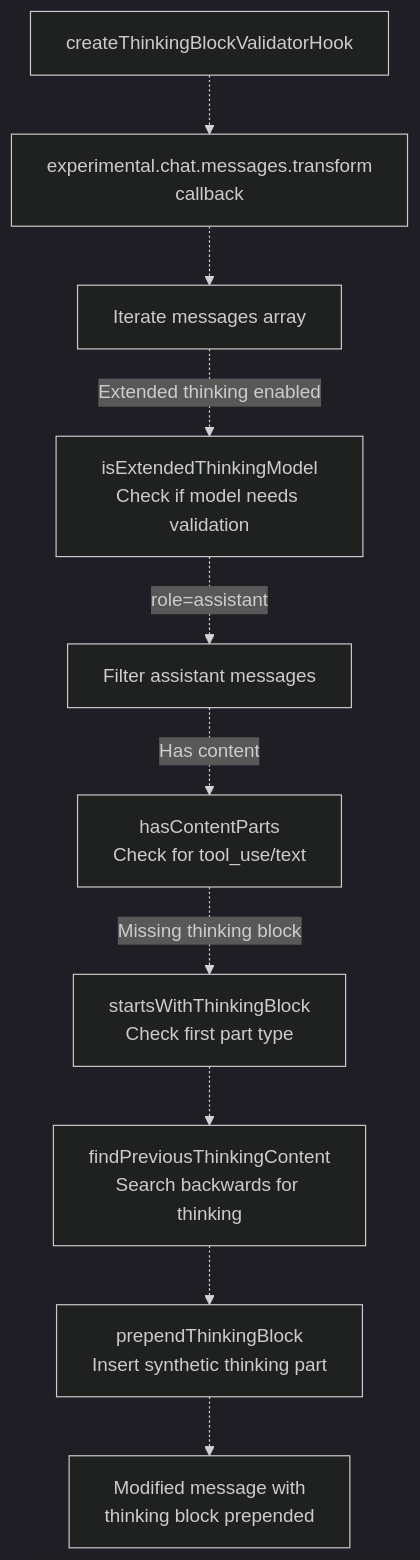
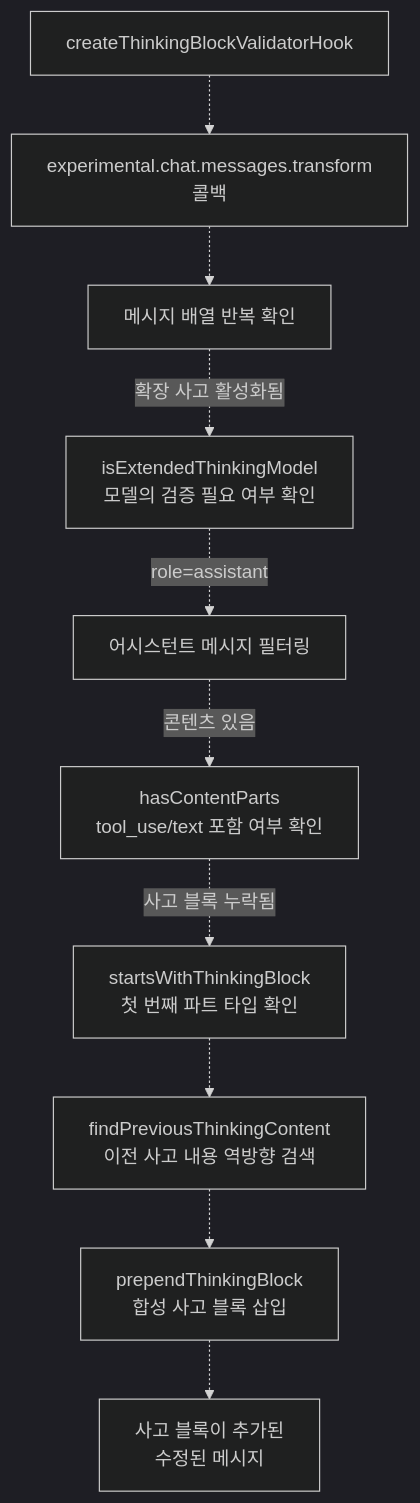
The second of 10 diagrams in docs/reliability/message-validation.md (felipetruman/oh-my-opencode-docs), drawn with Mermaid (dark theme) before and after one commit. The commit also changed other lines of this file and 76 other files, not shown here.

````diff
--- a/docs/reliability/message-validation.md
+++ b/docs/reliability/message-validation.md
@@ -68,24 +68,24 @@
 ```mermaid
 flowchart TD
 
 Hook["createThinkingBlockValidatorHook"]
-Transform["experimental.chat.messages.transform<br>callback"]
-CheckMessages["Iterate messages array"]
-CheckModel["isExtendedThinkingModel<br>Check if model needs validation"]
-CheckRole["Filter assistant messages"]
-CheckContent["hasContentParts<br>Check for tool_use/text"]
-CheckThinking["startsWithThinkingBlock<br>Check first part type"]
-FindPrevious["findPreviousThinkingContent<br>Search backwards for thinking"]
-PrependBlock["prependThinkingBlock<br>Insert synthetic thinking part"]
-Modified["Modified message with<br>thinking block prepended"]
+Transform["experimental.chat.messages.transform<br>콜백"]
+CheckMessages["메시지 배열 반복 확인"]
+CheckModel["isExtendedThinkingModel<br>모델의 검증 필요 여부 확인"]
+CheckRole["어시스턴트 메시지 필터링"]
+CheckContent["hasContentParts<br>tool_use/text 포함 여부 확인"]
+CheckThinking["startsWithThinkingBlock<br>첫 번째 파트 타입 확인"]
+FindPrevious["findPreviousThinkingContent<br>이전 사고 내용 역방향 검색"]
+PrependBlock["prependThinkingBlock<br>합성 사고 블록 삽입"]
+Modified["사고 블록이 추가된<br>수정된 메시지"]
 
 Hook -.-> Transform
 Transform -.-> CheckMessages
-CheckMessages -.->|"Extended thinking enabled"| CheckModel
+CheckMessages -.->|"확장 사고 활성화됨"| CheckModel
 CheckModel -.->|"role=assistant"| CheckRole
-CheckRole -.->|"Has content"| CheckContent
-CheckContent -.->|"Missing thinking block"| CheckThinking
+CheckRole -.->|"콘텐츠 있음"| CheckContent
+CheckContent -.->|"사고 블록 누락됨"| CheckThinking
 CheckThinking -.-> FindPrevious
 FindPrevious -.-> PrependBlock
 PrependBlock -.-> Modified
 ```
````
